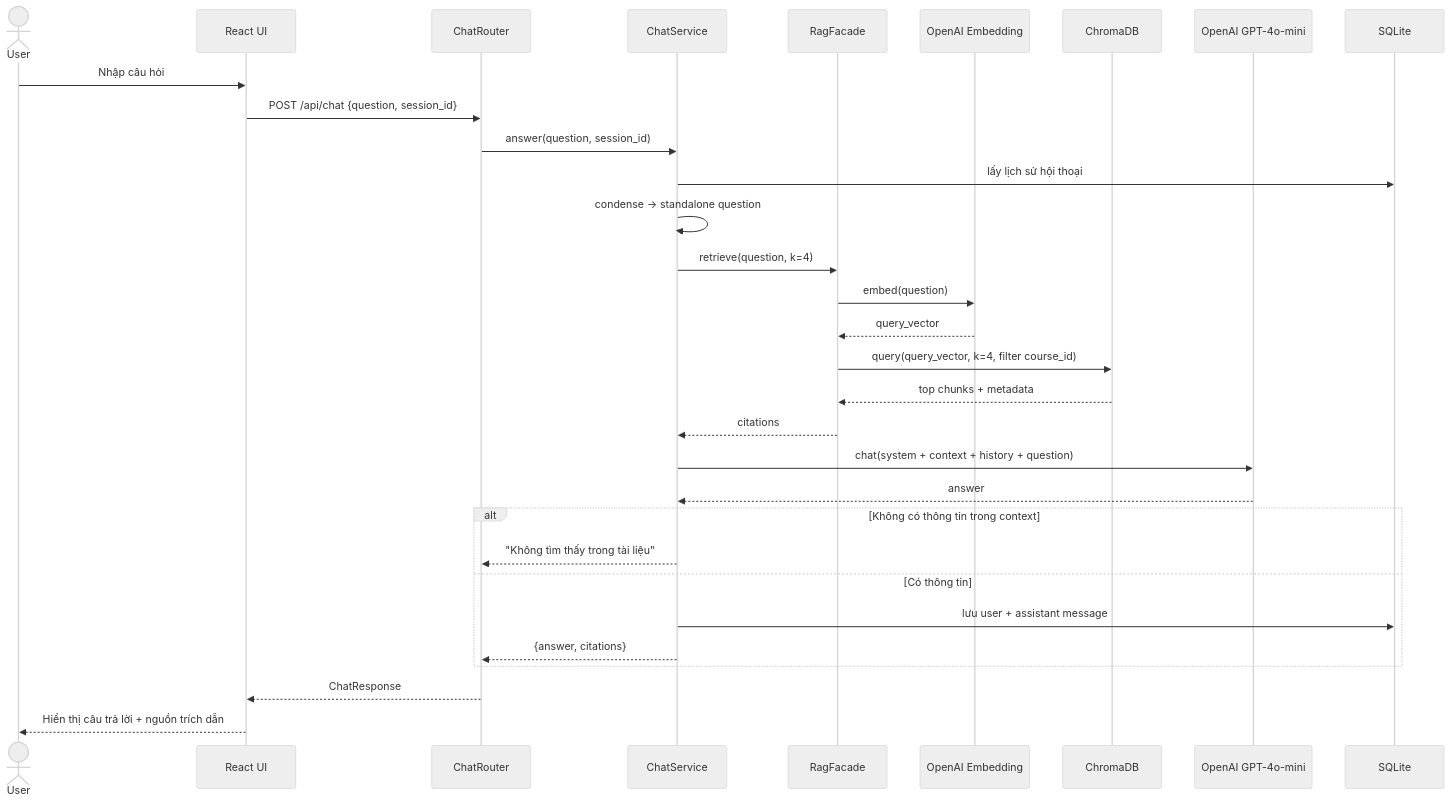
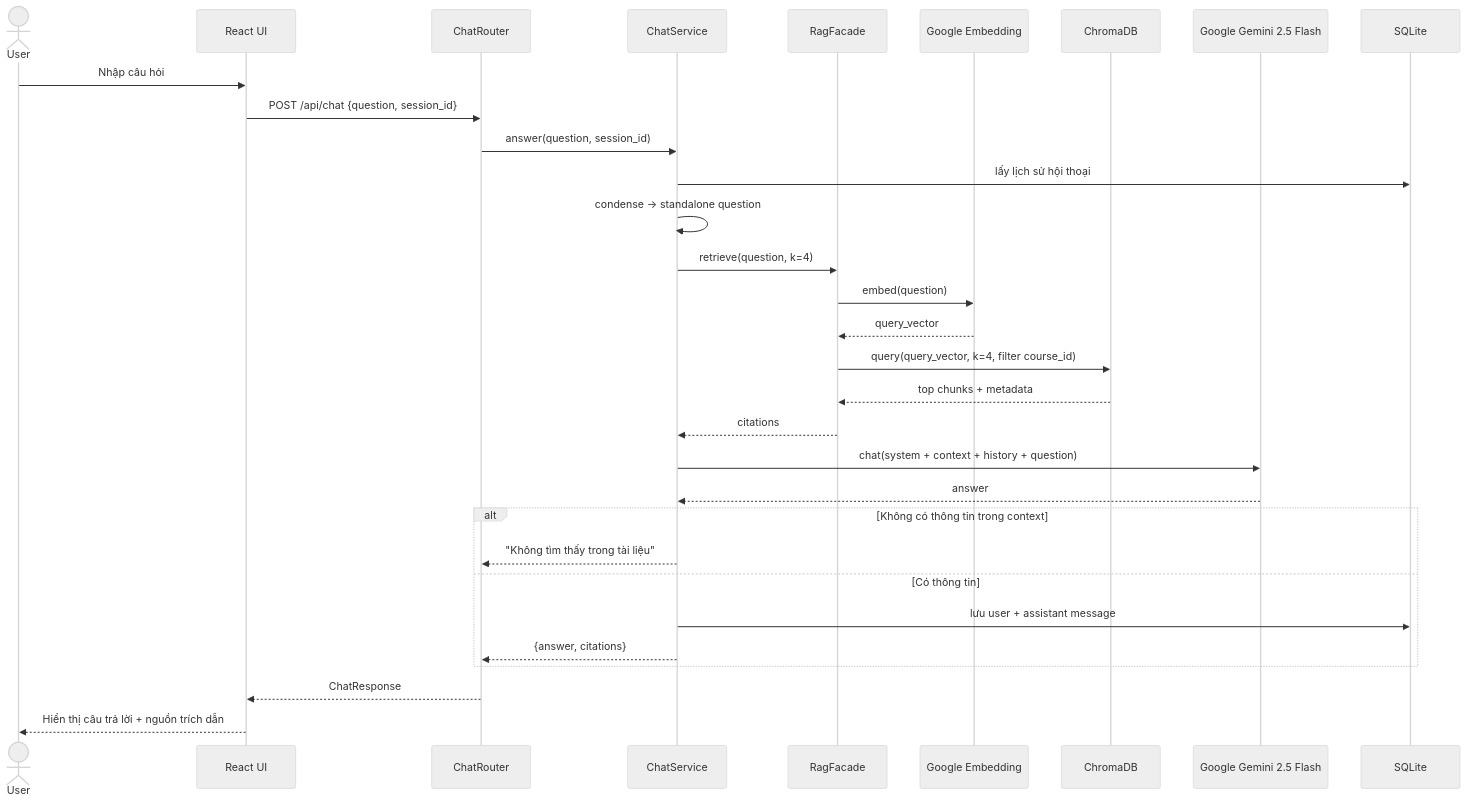
One commit to Scobydoo1/swd changed the sixth of 9 diagrams in docs/DESIGN.md. Above: the diagram before and after it, drawn with Mermaid (neutral theme). The commit also changed other lines of this file and 7 other files, not shown here.

First line of the commit message:
Switch LLM provider from OpenAI to Google Gemini

````diff
--- a/docs/DESIGN.md
+++ b/docs/DESIGN.md
@@ -268,34 +268,34 @@
 ```mermaid
 sequenceDiagram
     actor U as User
     participant FE as React UI
     participant R as ChatRouter
     participant S as ChatService
     participant RAG as RagFacade
-    participant E as OpenAI Embedding
+    participant E as Google Embedding
     participant C as ChromaDB
-    participant LLM as OpenAI GPT-4o-mini
+    participant LLM as Google Gemini 2.5 Flash
     participant DB as SQLite
 
     U->>FE: Nhập câu hỏi
     FE->>R: POST /api/chat {question, session_id}
     R->>S: answer(question, session_id)
     S->>DB: lấy lịch sử hội thoại
     S->>S: condense -> standalone question
     S->>RAG: retrieve(question, k=4)
     RAG->>E: embed(question)
     E-->>RAG: query_vector
     RAG->>C: query(query_vector, k=4, filter course_id)
     C-->>RAG: top chunks + metadata
     RAG-->>S: citations
     S->>LLM: chat(system + context + history + question)
     LLM-->>S: answer
     alt Không có thông tin trong context
         S-->>R: "Không tìm thấy trong tài liệu"
     else Có thông tin
         S->>DB: lưu user + assistant message
         S-->>R: {answer, citations}
     end
     R-->>FE: ChatResponse
     FE-->>U: Hiển thị câu trả lời + nguồn trích dẫn
 ```
````
